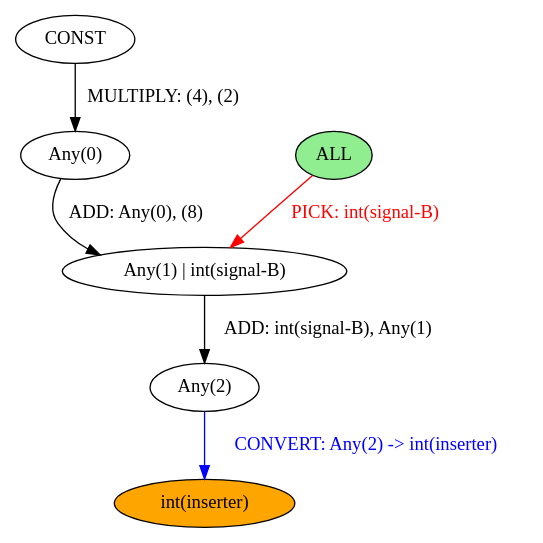
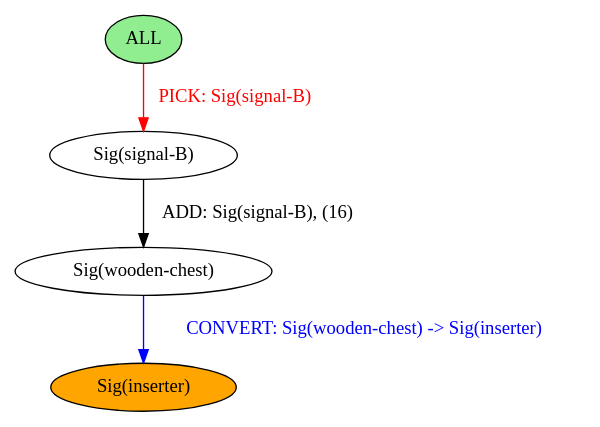
One commit to BalderHolst/chef changed the diagram in chef/example_outputs/arithmetic.dot. Above: the diagram before and after it, drawn with Graphviz. The commit also changed other lines of this file and 15 other files, not shown here.

```diff
--- a/chef/example_outputs/arithmetic.dot
+++ b/chef/example_outputs/arithmetic.dot
@@ -1,14 +1,10 @@
 strict digraph {
 	nodesep=1
-	4	[style=filled fillcolor=white label="CONST"]
-	7	[style=filled fillcolor=white label="Any(0)"]
+	5	[style=filled fillcolor=orange label="Sig(inserter)"]
+	4	[style=filled fillcolor=white label="Sig(wooden-chest)"]
 	0	[style=filled fillcolor=lightgreen label="ALL"]
-	9	[style=filled fillcolor=white label="Any(1) | int(signal-B)"]
-	11	[style=filled fillcolor=orange label="int(inserter)"]
-	10	[style=filled fillcolor=white label="Any(2)"]
-	4 -> 7	[label="MULTIPLY: (4), (2)" color=black fontcolor=black]
-	7 -> 9	[label="ADD: Any(0), (8)" color=black fontcolor=black]
-	0 -> 9	[label="PICK: int(signal-B)" color=red fontcolor=red]
-	9 -> 10	[label="ADD: int(signal-B), Any(1)" color=black fontcolor=black]
-	10 -> 11	[label="CONVERT: Any(2) -> int(inserter)" color=blue fontcolor=blue]
+	3	[style=filled fillcolor=white label="Sig(signal-B)"]
+	4 -> 5	[label="CONVERT: Sig(wooden-chest) -> Sig(inserter)" color=blue fontcolor=blue]
+	0 -> 3	[label="PICK: Sig(signal-B)" color=red fontcolor=red]
+	3 -> 4	[label="ADD: Sig(signal-B), (16)" color=black fontcolor=black]
 }
```
